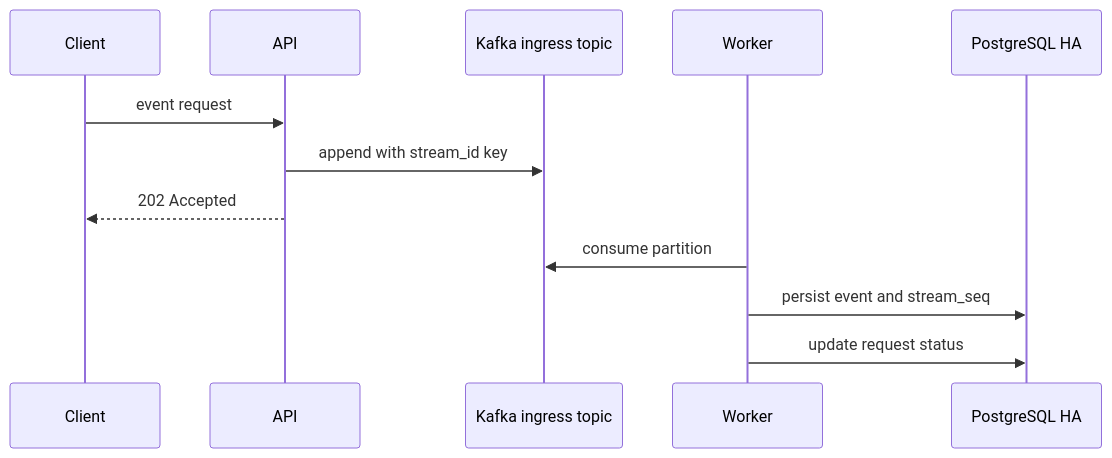
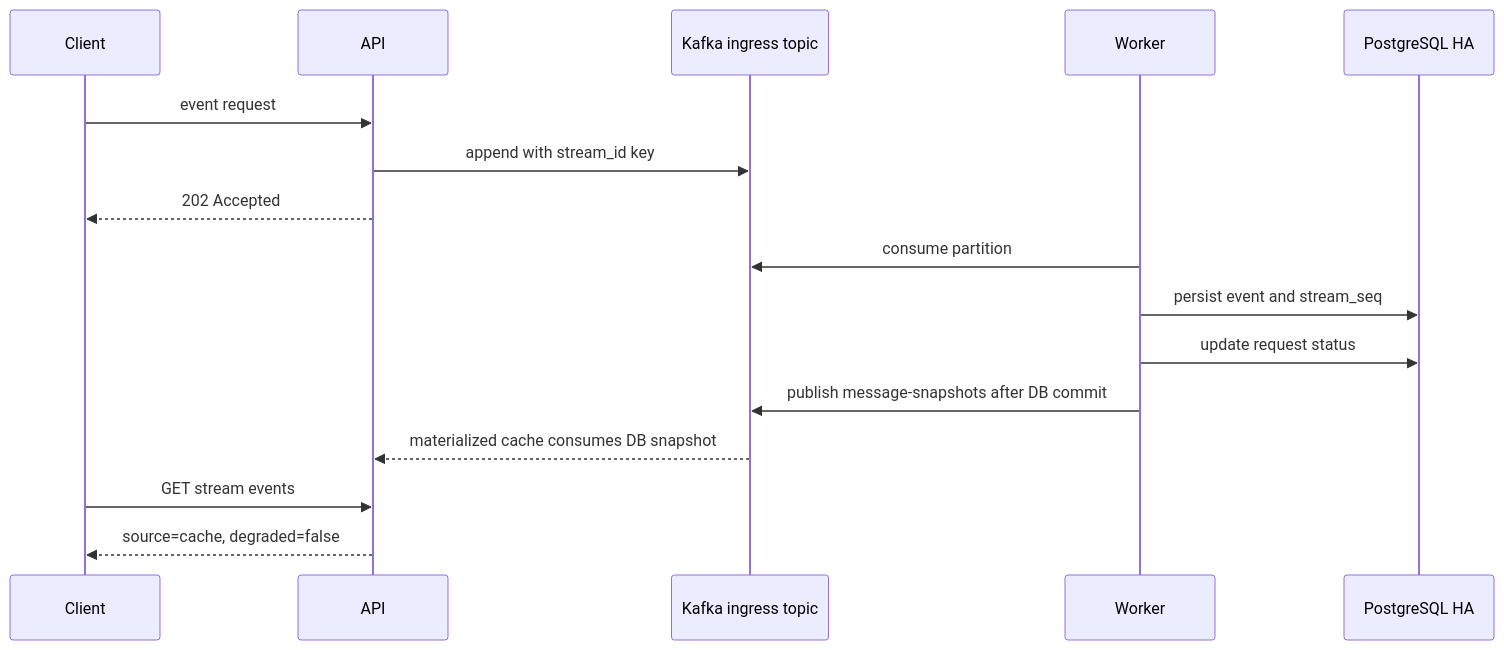
Before and after one commit to Jangwanko/Cloud_portfolio: the first of 3 diagrams in docs/ARCHITECTURE.md, drawn with Mermaid. The commit also changed other lines of this file and 11 other files, not shown here.

````diff
--- a/docs/ARCHITECTURE.md
+++ b/docs/ARCHITECTURE.md
@@ -76,15 +76,19 @@
 ```mermaid
 sequenceDiagram
     participant Client
     participant API
     participant Kafka as Kafka ingress topic
     participant Worker
     participant DB as PostgreSQL HA
 
     Client->>API: event request
     API->>Kafka: append with stream_id key
     API-->>Client: 202 Accepted
     Worker->>Kafka: consume partition
     Worker->>DB: persist event and stream_seq
     Worker->>DB: update request status
+    Worker->>Kafka: publish message-snapshots after DB commit
+    Kafka-->>API: materialized cache consumes DB snapshot
+    Client->>API: GET stream events
+    API-->>Client: source=cache, degraded=false
 ```
````
